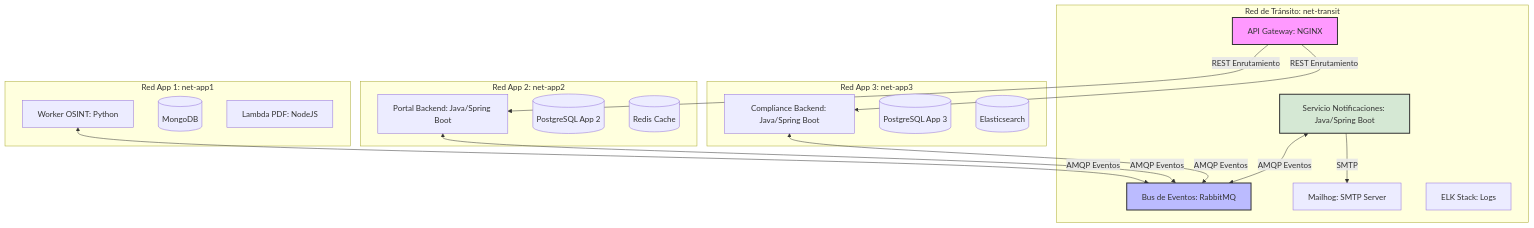
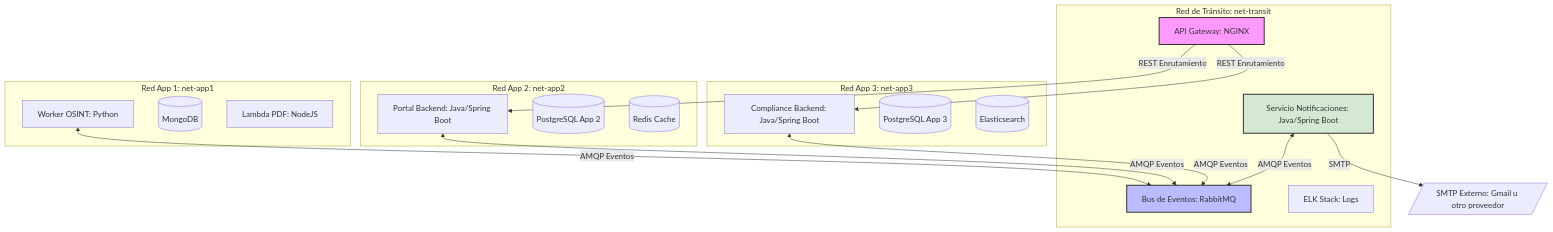
The second of 3 diagrams in implementation_plan.md (SaraChiriboga/integrador-arq), drawn with Mermaid before and after one commit. The commit also changed other lines of this file and 10 other files, not shown here.

First line of the commit message:
feat(notifications): reemplaza Mailhog por envio de correo real via SMTP

````diff
--- a/implementation_plan.md
+++ b/implementation_plan.md
@@ -349,40 +349,41 @@
 ```mermaid
 graph TD
     subgraph net-transit [Red de Tránsito: net-transit]
         GW[API Gateway: NGINX]
         MQ[Bus de Eventos: RabbitMQ]
         NS[Servicio Notificaciones: Java/Spring Boot]
-        Mail[Mailhog: SMTP Server]
         ELK[ELK Stack: Logs]
     end
+
+    Mail[/SMTP Externo: Gmail u otro proveedor/]
 
     subgraph net-app1 [Red App 1: net-app1]
         App1[Worker OSINT: Python]
         Mongo[(MongoDB)]
         Lambda[Lambda PDF: NodeJS]
     end
 
     subgraph net-app2 [Red App 2: net-app2]
         App2[Portal Backend: Java/Spring Boot]
         Postgres2[(PostgreSQL App 2)]
         Redis[(Redis Cache)]
     end
 
     subgraph net-app3 [Red App 3: net-app3]
         App3[Compliance Backend: Java/Spring Boot]
         Postgres3[(PostgreSQL App 3)]
         ES[(Elasticsearch)]
     end
 
     GW -->|REST Enrutamiento| App2
     GW -->|REST Enrutamiento| App3
     App1 <-->|AMQP Eventos| MQ
     App2 <-->|AMQP Eventos| MQ
     App3 <-->|AMQP Eventos| MQ
     NS <-->|AMQP Eventos| MQ
     NS -->|SMTP| Mail
 
     style GW fill:#f9f,stroke:#333,stroke-width:2px
     style MQ fill:#bbf,stroke:#333,stroke-width:2px
     style NS fill:#d5e8d4,stroke:#333,stroke-width:2px
 ```
````
